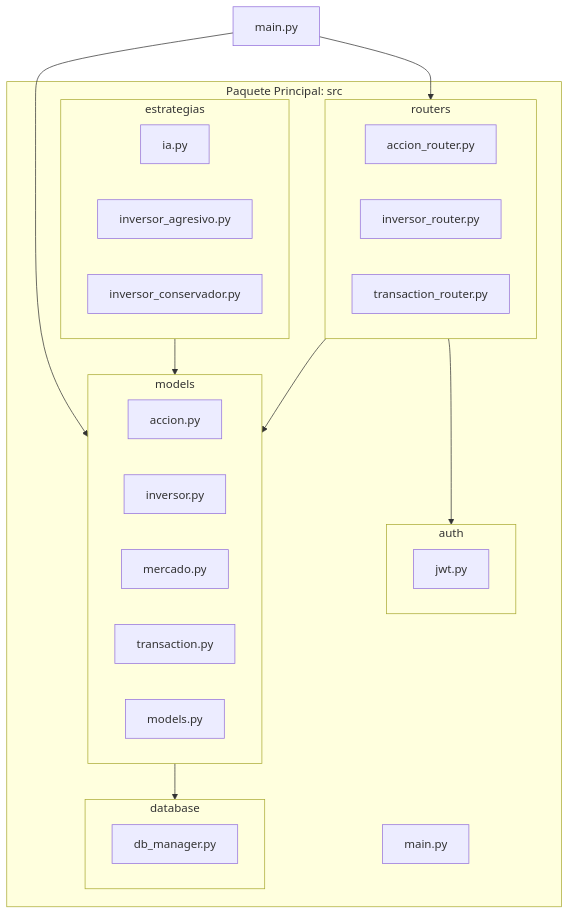
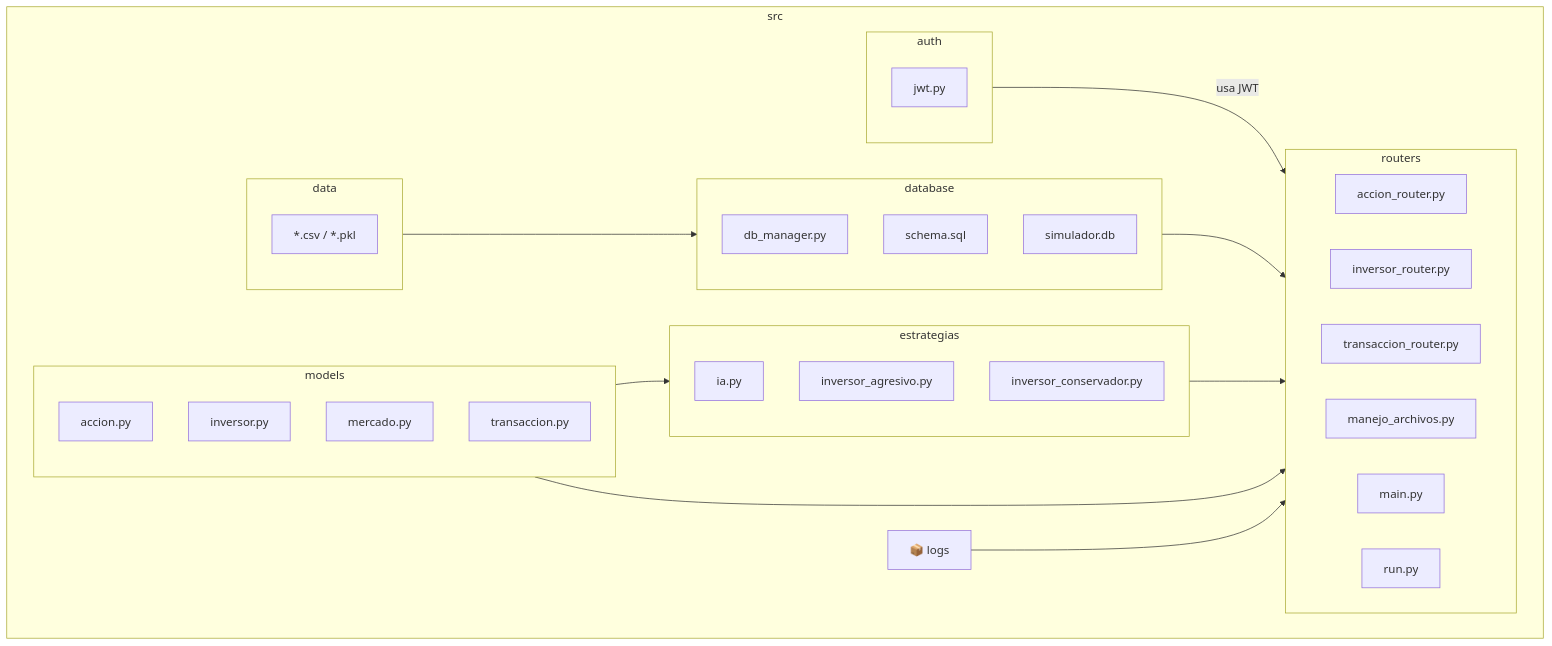
The diagram in README.md (NikolasKaplan1/prog2-25-C2), drawn with Mermaid before and after one commit.

Commit message:
corrección diagrama uml

````diff
--- a/README.md
+++ b/README.md
@@ -36,42 +36,57 @@
 ```mermaid
-flowchart TD
-    subgraph src["Paquete Principal: src"]
-        subgraph auth["auth"]
-            A[jwt.py]
-        end
+graph TD
+  subgraph src
+    auth["📦 auth"]
+    data["📦 data"]
+    database["📦 database"]
+    estrategias["📦 estrategias"]
+    logs["📦 logs"]
+    models["📦 models"]
+    routers["📦 routers"]
+  end
 
-        subgraph database["database"]
-            B[db_manager.py]
-        end
+  auth -->|usa JWT| routers
+  data --> database
+  database --> routers
+  estrategias --> routers
+  models --> routers
+  models --> estrategias
+  logs --> routers
 
-        subgraph estrategias["estrategias"]
-            C[ia.py]
-            D[inversor_agresivo.py]
-            E[inversor_conservador.py]
-        end
+  subgraph auth
+    jwt["jwt.py"]
+  end
 
-        subgraph models["models"]
-            F[accion.py]
-            G[inversor.py]
-            H[mercado.py]
-            I[transaction.py]
-            J[models.py]
-        end
+  subgraph data
+    archivos_csv["*.csv / *.pkl"]
+  end
 
-        subgraph routers["routers"]
-            K[accion_router.py]
-            L[inversor_router.py]
-            M[transaction_router.py]
-        end
+  subgraph database
+    dbmanager["db_manager.py"]
+    schema["schema.sql"]
+    db["simulador.db"]
+  end
 
-        N[main.py]
-    end
+  subgraph estrategias
+    ia["ia.py"]
+    inv_agresivo["inversor_agresivo.py"]
+    inv_conservador["inversor_conservador.py"]
+  end
 
-    %% Relaciones entre paquetes
-    routers --> models
-    routers --> auth
-    models --> database
-    estrategias --> models
-    main.py --> routers
-    main.py --> models
+  subgraph models
+    accion["accion.py"]
+    inversor["inversor.py"]
+    mercado["mercado.py"]
+    transaccion["transaccion.py"]
+  end
+
+  subgraph routers
+    acc_router["accion_router.py"]
+    inv_router["inversor_router.py"]
+    trans_router["transaccion_router.py"]
+    archivos["manejo_archivos.py"]
+    main["main.py"]
+    run["run.py"]
+  end
+
 ```
````
